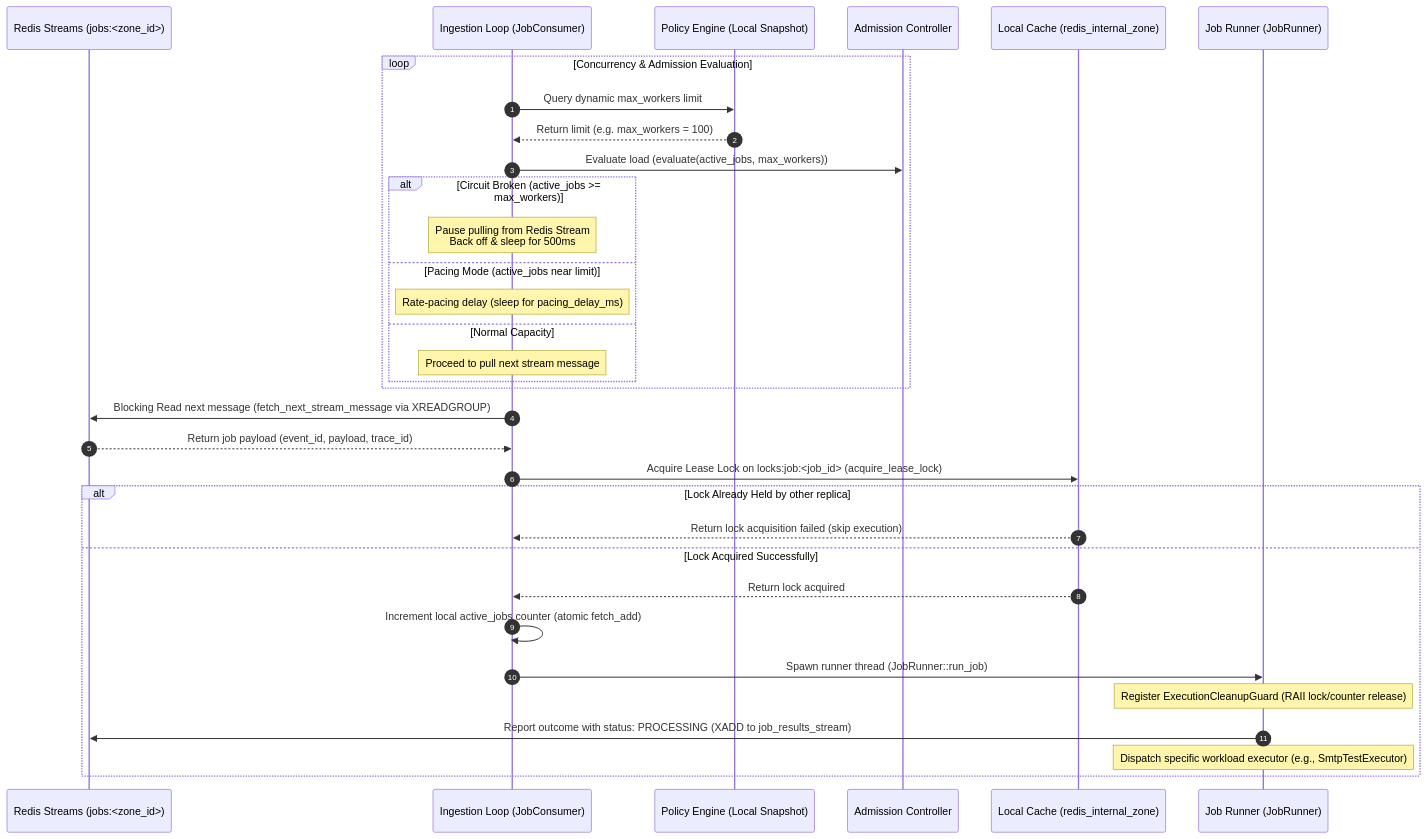
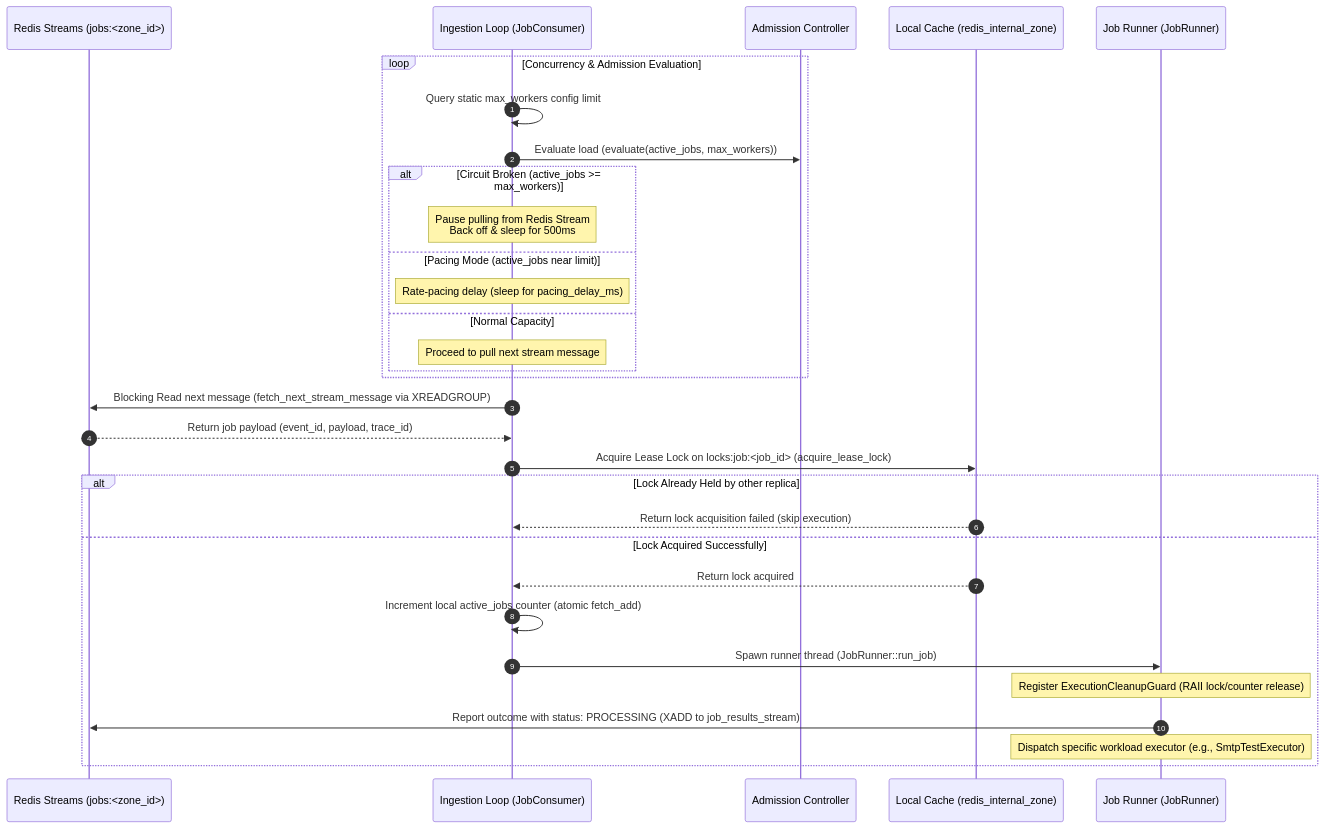
The diagram in spec/dataplane/dataplane_runtime.md (phucle996/aurora), drawn with Mermaid before and after one commit. The commit also changed other lines of this file and 34 other files, not shown here.

````diff
--- a/spec/dataplane/dataplane_runtime.md
+++ b/spec/dataplane/dataplane_runtime.md
@@ -11,39 +11,37 @@
 ```mermaid
 sequenceDiagram
     autonumber
     participant RDS as Redis Streams (jobs:<zone_id>)
     participant JC as Ingestion Loop (JobConsumer)
-    participant PE as Policy Engine (Local Snapshot)
     participant AC as Admission Controller
     participant LZ as Local Cache (redis_internal_zone)
     participant JR as Job Runner (JobRunner)
 
     loop Concurrency & Admission Evaluation
-        JC->>PE: Query dynamic max_workers limit
-        PE-->>JC: Return limit (e.g. max_workers = 100)
+        JC->>JC: Query static max_workers config limit
         JC->>AC: Evaluate load (evaluate(active_jobs, max_workers))
         alt Circuit Broken (active_jobs >= max_workers)
             Note over JC: Pause pulling from Redis Stream<br/>Back off & sleep for 500ms
         else Pacing Mode (active_jobs near limit)
             Note over JC: Rate-pacing delay (sleep for pacing_delay_ms)
         else Normal Capacity
             Note over JC: Proceed to pull next stream message
         end
     end
 
     JC->>RDS: Blocking Read next message (fetch_next_stream_message via XREADGROUP)
     RDS-->>JC: Return job payload (event_id, payload, trace_id)
     
     JC->>LZ: Acquire Lease Lock on locks:job:<job_id> (acquire_lease_lock)
     alt Lock Already Held by other replica
         LZ-->>JC: Return lock acquisition failed (skip execution)
     else Lock Acquired Successfully
         LZ-->>JC: Return lock acquired
         JC->>JC: Increment local active_jobs counter (atomic fetch_add)
         
         JC->>JR: Spawn runner thread (JobRunner::run_job)
         Note over JR: Register ExecutionCleanupGuard (RAII lock/counter release)
         JR->>RDS: Report outcome with status: PROCESSING (XADD to job_results_stream)
         Note over JR: Dispatch specific workload executor (e.g., SmtpTestExecutor)
     end
 ```
````
